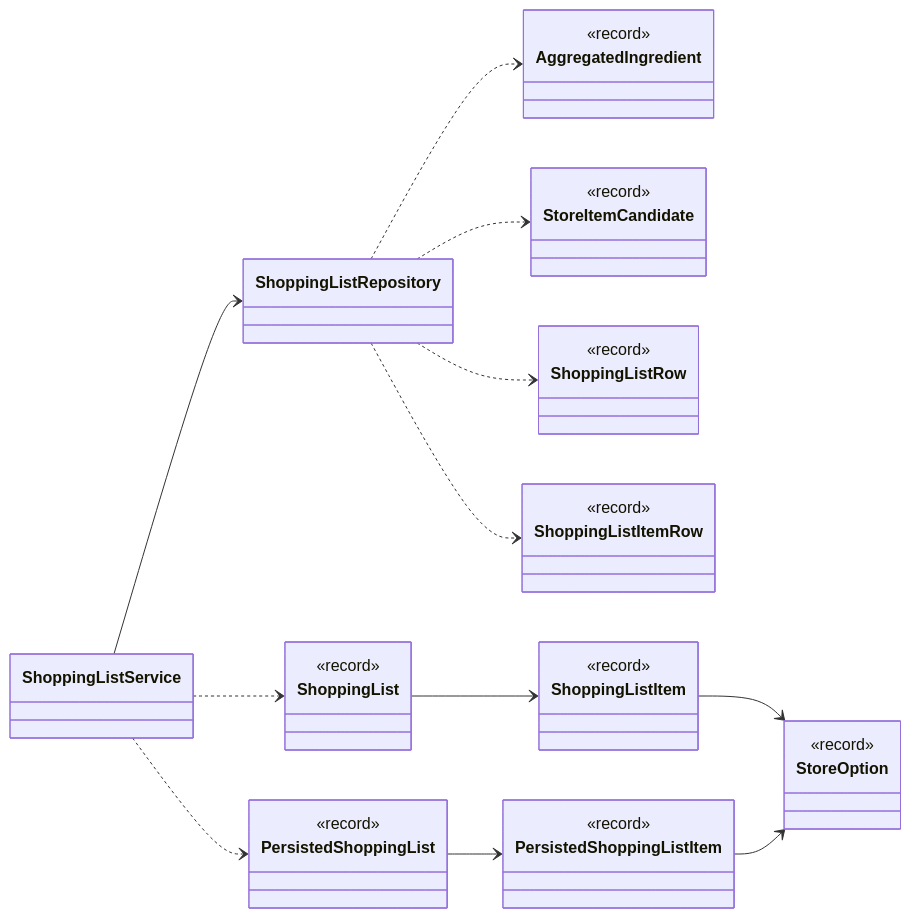
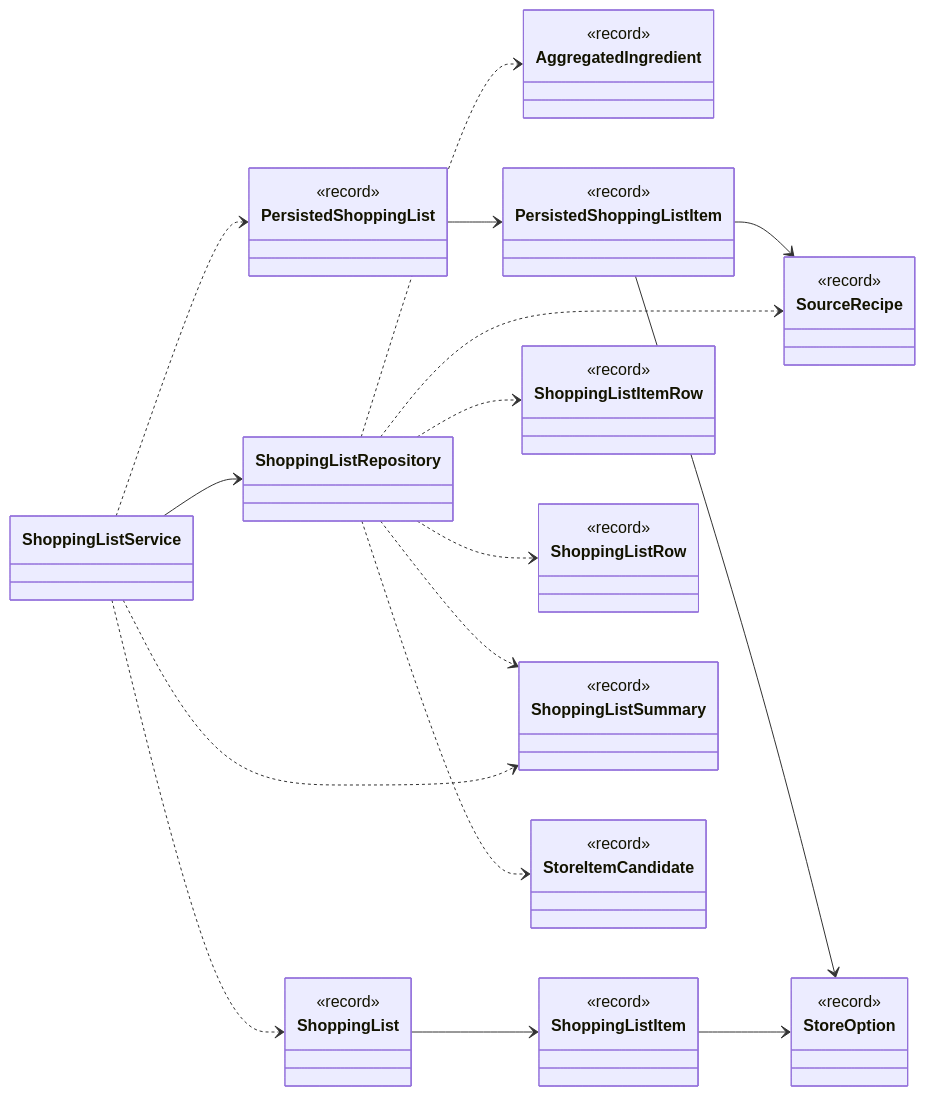
Before and after one commit to Nate-ryan-7690/dahaem: the first of 14 diagrams in docs/classes/shopping.md, drawn with Mermaid. The commit also changed other lines of this file and 27 other files, not shown here.

Commit message:
Shopping list: a shopping day, real amounts with units, kept unavailable lines, recipes per line, review flag

````diff
--- a/docs/classes/shopping.md
+++ b/docs/classes/shopping.md
@@ -11,44 +11,54 @@
 ```mermaid
 classDiagram
     direction LR
     class shopping_AggregatedIngredient["AggregatedIngredient"] {
         <<record>>
     }
     class shopping_PersistedShoppingList["PersistedShoppingList"] {
         <<record>>
     }
     class shopping_PersistedShoppingListItem["PersistedShoppingListItem"] {
         <<record>>
     }
     class shopping_ShoppingList["ShoppingList"] {
         <<record>>
     }
     class shopping_ShoppingListItem["ShoppingListItem"] {
         <<record>>
     }
     class shopping_ShoppingListItemRow["ShoppingListItemRow"] {
         <<record>>
     }
     class shopping_ShoppingListRepository["ShoppingListRepository"]
     class shopping_ShoppingListRow["ShoppingListRow"] {
         <<record>>
     }
     class shopping_ShoppingListService["ShoppingListService"]
+    class shopping_ShoppingListSummary["ShoppingListSummary"] {
+        <<record>>
+    }
+    class shopping_SourceRecipe["SourceRecipe"] {
+        <<record>>
+    }
     class shopping_StoreItemCandidate["StoreItemCandidate"] {
         <<record>>
     }
     class shopping_StoreOption["StoreOption"] {
         <<record>>
     }
     shopping_PersistedShoppingList --> shopping_PersistedShoppingListItem
+    shopping_PersistedShoppingListItem --> shopping_SourceRecipe
     shopping_PersistedShoppingListItem --> shopping_StoreOption
     shopping_ShoppingList --> shopping_ShoppingListItem
     shopping_ShoppingListItem --> shopping_StoreOption
     shopping_ShoppingListRepository ..> shopping_AggregatedIngredient
     shopping_ShoppingListRepository ..> shopping_StoreItemCandidate
     shopping_ShoppingListRepository ..> shopping_ShoppingListRow
     shopping_ShoppingListRepository ..> shopping_ShoppingListItemRow
+    shopping_ShoppingListRepository ..> shopping_SourceRecipe
+    shopping_ShoppingListRepository ..> shopping_ShoppingListSummary
     shopping_ShoppingListService --> shopping_ShoppingListRepository
     shopping_ShoppingListService ..> shopping_ShoppingList
     shopping_ShoppingListService ..> shopping_PersistedShoppingList
+    shopping_ShoppingListService ..> shopping_ShoppingListSummary
 ```
````
